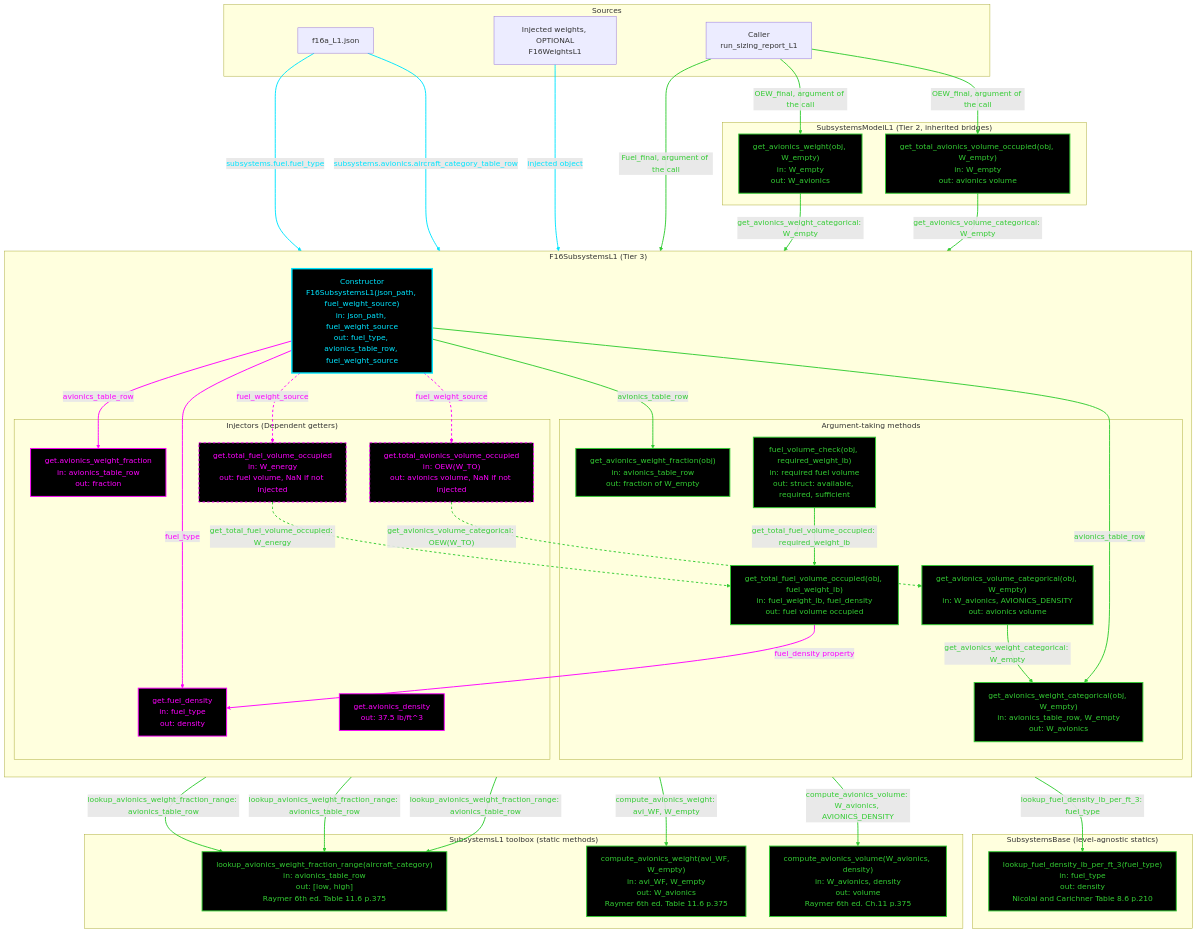
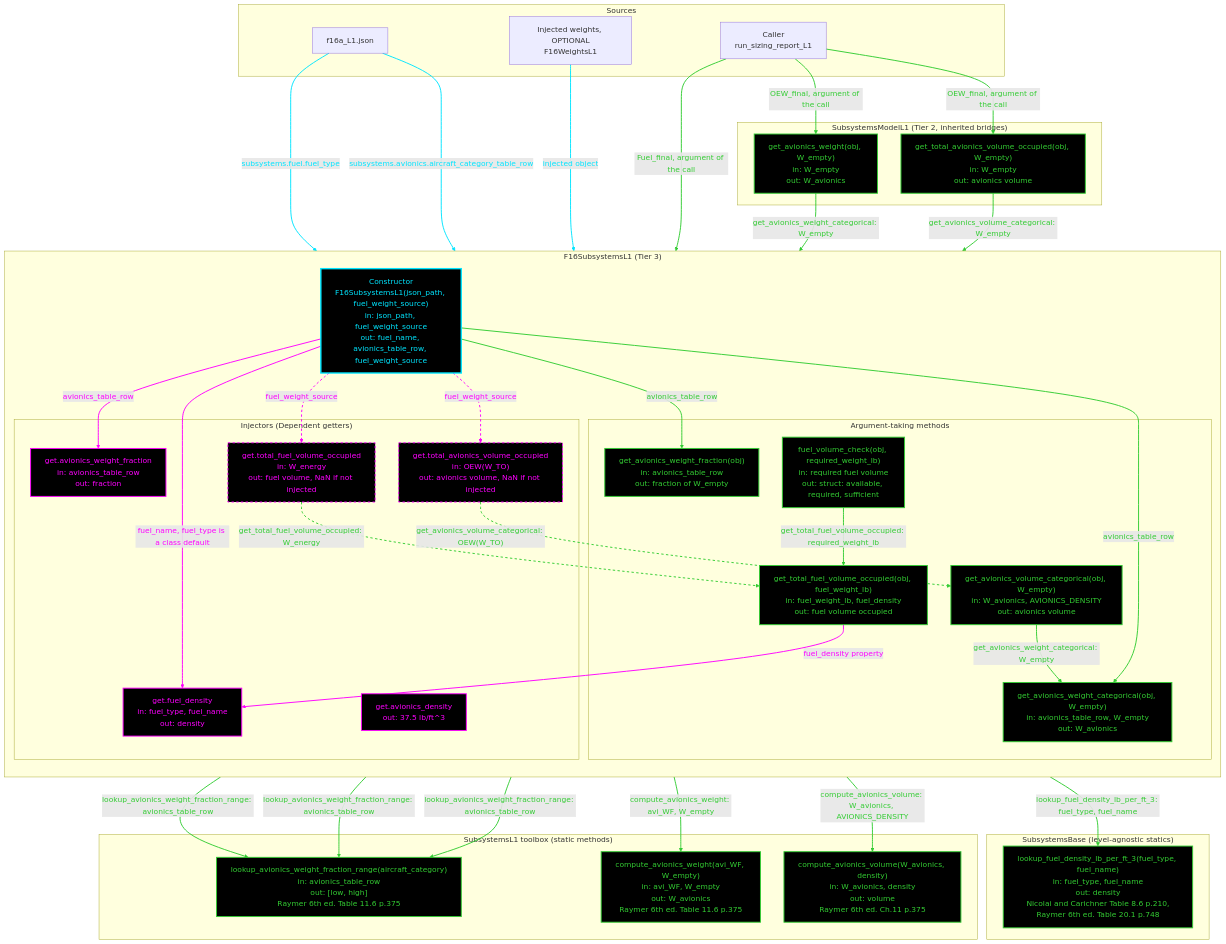
Before and after one commit to Idopt-Lab/air-vehicle-design: the diagram in air_vehicle_design/sizing/docs/Mermaid_Diagrams/Claude-made/Second_Pass/Subsystems/F16ASubsystems1_mermaid.md, drawn with Mermaid. The commit also changed other lines of this file and 7 other files, not shown here.

First line of the commit message:
Update Mermaid Charts

```diff
--- a/air_vehicle_design/sizing/docs/Mermaid_Diagrams/Claude-made/Second_Pass/Subsystems/F16ASubsystems1_mermaid.md
+++ b/air_vehicle_design/sizing/docs/Mermaid_Diagrams/Claude-made/Second_Pass/Subsystems/F16ASubsystems1_mermaid.md
@@ -74,7 +74,7 @@
     subgraph CLASS["F16SubsystemsL1 (Tier 3)"]
         direction TD
 
-        CTOR["Constructor<br/>F16SubsystemsL1(json_path, fuel_weight_source)<br/>in: json_path, fuel_weight_source<br/>out: fuel_type, avionics_table_row, fuel_weight_source"]
+        CTOR["Constructor<br/>F16SubsystemsL1(json_path, fuel_weight_source)<br/>in: json_path, fuel_weight_source<br/>out: fuel_name, avionics_table_row, fuel_weight_source"]
 
         subgraph ARG["Argument-taking methods"]
             M1["get_avionics_weight_fraction(obj)<br/>in: avionics_table_row<br/>out: fraction of W_empty"]
@@ -87,14 +87,14 @@
         subgraph INJ["Injectors (Dependent getters)"]
             G1["get.avionics_weight_fraction<br/>in: avionics_table_row<br/>out: fraction"]
             G2["get.avionics_density<br/>out: 37.5 lb/ft^3"]
-            G3["get.fuel_density<br/>in: fuel_type<br/>out: density"]
+            G3["get.fuel_density<br/>in: fuel_type, fuel_name<br/>out: density"]
             G4["get.total_fuel_volume_occupied<br/>in: W_energy<br/>out: fuel volume, NaN if not injected"]
             G5["get.total_avionics_volume_occupied<br/>in: OEW(W_TO)<br/>out: avionics volume, NaN if not injected"]
         end
     end
 
     subgraph TB1["SubsystemsBase (level-agnostic statics)"]
-        T4["lookup_fuel_density_lb_per_ft_3(fuel_type)<br/>in: fuel_type<br/>out: density<br/>Nicolai and Carichner Table 8.6 p.210"]
+        T4["lookup_fuel_density_lb_per_ft_3(fuel_type, fuel_name)<br/>in: fuel_type, fuel_name<br/>out: density<br/>Nicolai and Carichner Table 8.6 p.210,<br/>Raymer 6th ed. Table 20.1 p.748"]
     end
 
     subgraph TL1["SubsystemsL1 toolbox (static methods)"]
@@ -117,7 +117,7 @@
     CTOR -->|"avionics_table_row"| M1
     CTOR -->|"avionics_table_row"| M2
     CTOR -->|"avionics_table_row"| G1
-    CTOR -->|"fuel_type"| G3
+    CTOR -->|"fuel_name, fuel_type is a class default"| G3
     CTOR -.->|"fuel_weight_source"| G4
     CTOR -.->|"fuel_weight_source"| G5
 
@@ -130,7 +130,7 @@
     M5 -->|"get_total_fuel_volume_occupied: required_weight_lb"| M4
 
     G1 -->|"lookup_avionics_weight_fraction_range: avionics_table_row"| T1
-    G3 -->|"lookup_fuel_density_lb_per_ft_3: fuel_type"| T4
+    G3 -->|"lookup_fuel_density_lb_per_ft_3: fuel_type, fuel_name"| T4
     G4 -.->|"get_total_fuel_volume_occupied: W_energy"| M4
     G5 -.->|"get_avionics_volume_categorical: OEW(W_TO)"| M3
 
```
